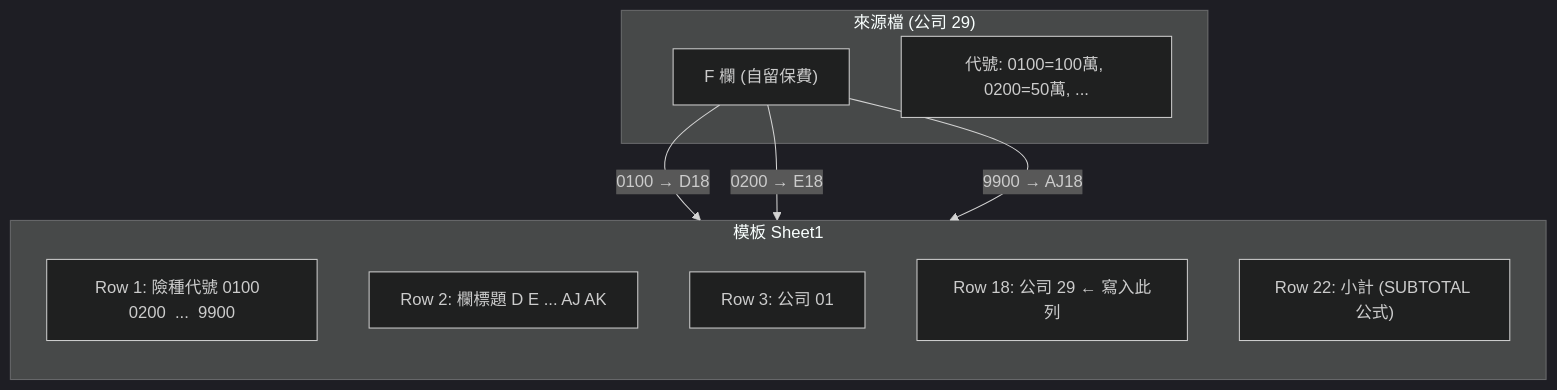
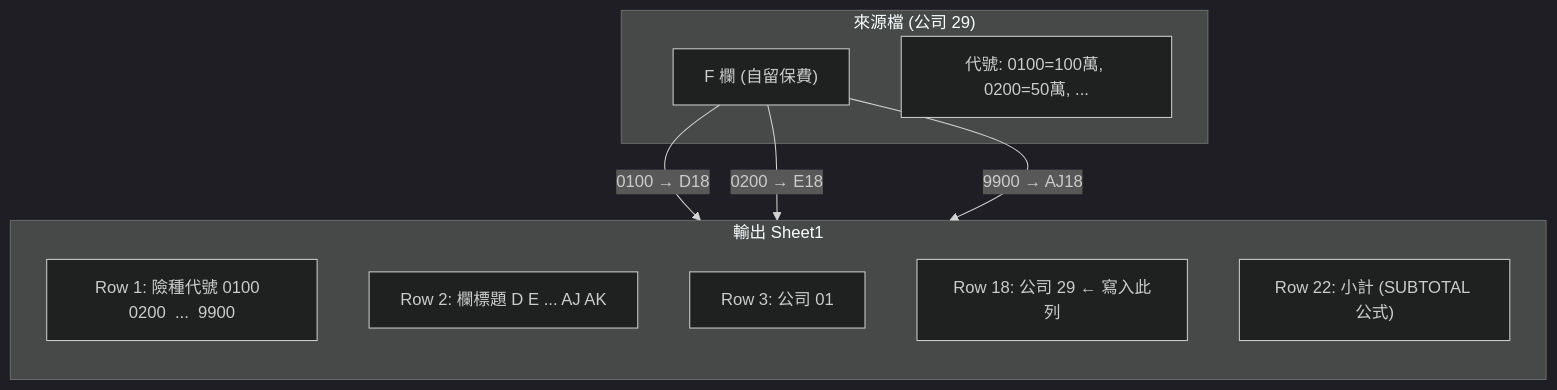
One commit to seawaterfoods/retained-premium-report-transformer changed the fourth of 5 diagrams in docs/07-輸入輸出規格.md. Above: the diagram before and after it, drawn with Mermaid (dark theme). The commit also changed 11 other files, not shown here.

````diff
--- a/docs/07-輸入輸出規格.md
+++ b/docs/07-輸入輸出規格.md
@@ -117,20 +117,20 @@
 ```mermaid
 graph TB
     subgraph Source["來源檔 (公司 29)"]
         SF["F 欄 (自留保費)"]
         SC["代號: 0100=100萬, 0200=50萬, ..."]
     end
 
-    subgraph Template["模板 Sheet1"]
+    subgraph Template["輸出 Sheet1"]
         direction TB
         R1["Row 1: 險種代號 0100  0200  ...  9900"]
         R2["Row 2: 欄標題    D     E    ...  AJ    AK"]
         R3["Row 3: 公司 01"]
         R18["Row 18: 公司 29 ← 寫入此列"]
         R22["Row 22: 小計 (SUBTOTAL 公式)"]
     end
 
     SF -->|"0100 → D18"| R18
     SF -->|"0200 → E18"| R18
     SF -->|"9900 → AJ18"| R18
 ```
````
